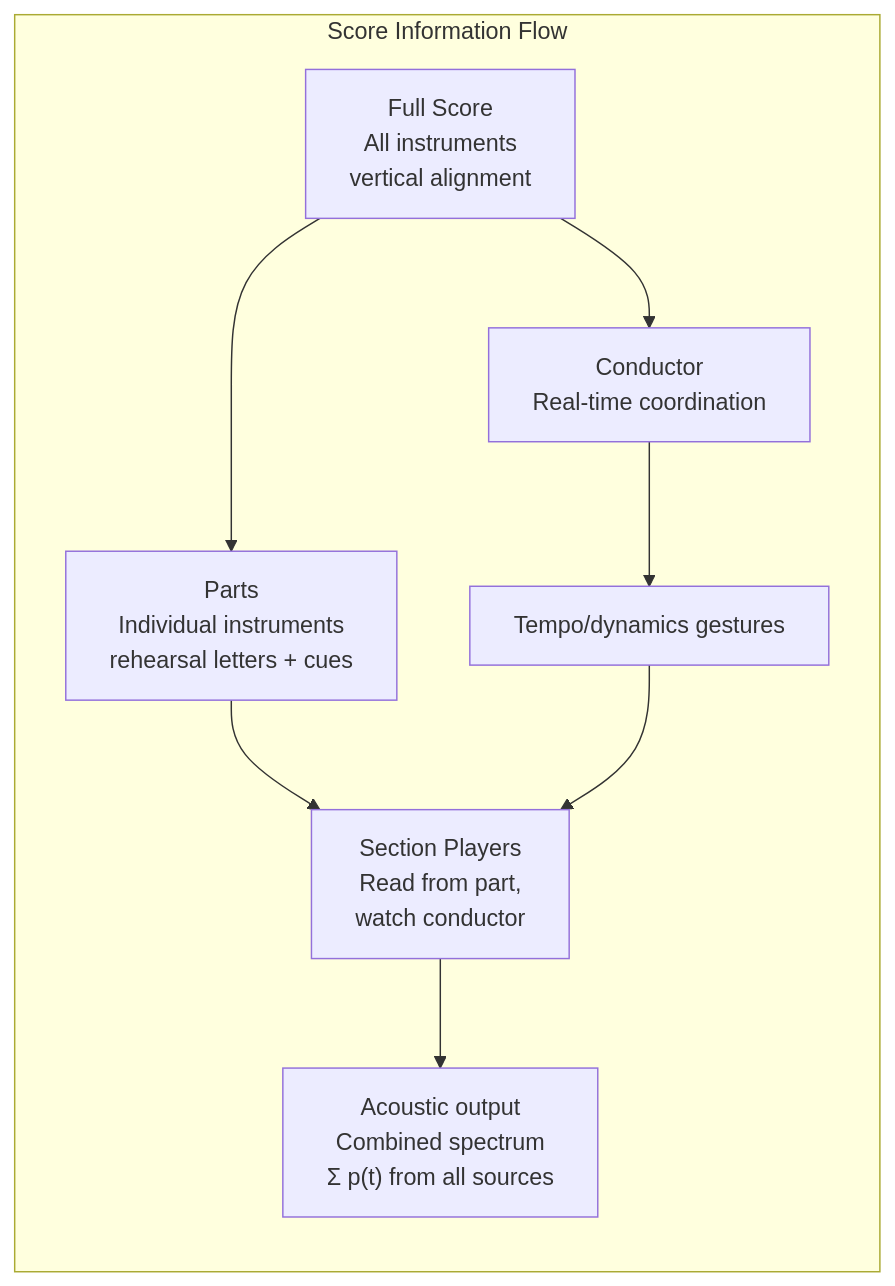
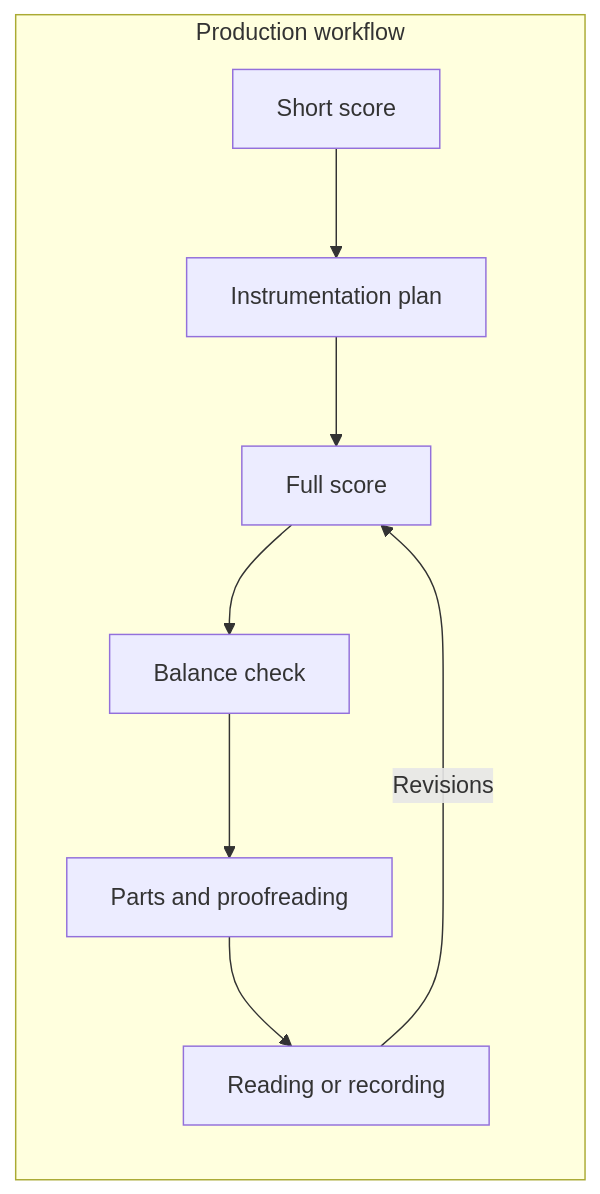
Before and after one commit to blebleblee/synapse: the third of 3 diagrams in topics/arts/composition/orchestral_scoring/lesson_04_orchestration_principles.md, drawn with Mermaid. The commit also changed other lines of this file and 4 other files, not shown here.

````diff
--- a/topics/arts/composition/orchestral_scoring/lesson_04_orchestration_principles.md
+++ b/topics/arts/composition/orchestral_scoring/lesson_04_orchestration_principles.md
@@ -321,14 +510,11 @@
 ```mermaid
-graph LR
-    subgraph sub_score_information_flow ["Score Information Flow"]
-        A["Full Score<br/>All instruments<br/>vertical alignment"] --> B["Conductor<br/>Real-time coordination"]
-        A --> C["Parts<br/>Individual instruments<br/>rehearsal letters + cues"]
-        
-        C --> D["Section Players<br/>Read from part,<br/>watch conductor"]
-        
-        B --> E["Tempo/dynamics gestures"]
-        E --> D
-        
-        D --> F["Acoustic output<br/>Combined spectrum<br/>Σ p(t) from all sources"]
+flowchart LR
+    subgraph sub_workflow ["Production workflow"]
+        A["Short score"] --> B["Instrumentation plan"]
+        B --> C["Full score"]
+        C --> D["Balance check"]
+        D --> E["Parts and proofreading"]
+        E --> F["Reading or recording"]
+        F -->|"Revisions"| C
     end
 ```
````
